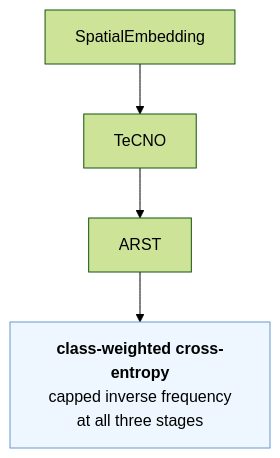
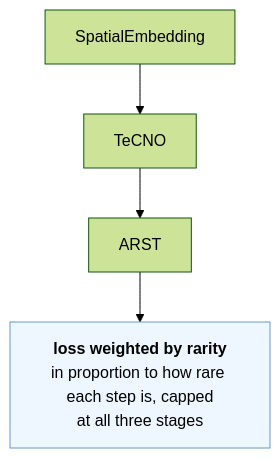
Before and after one commit to wylliamunlimited/pitvis-phase-recognition: the third of 4 diagrams in notes/models/step-variants.md, drawn with Mermaid (forest theme). The commit also changed other lines of this file, not shown here.

First line of the commit message:
docs(step-variants): plain language, same numbers

````diff
--- a/notes/models/step-variants.md
+++ b/notes/models/step-variants.md
@@ -80,7 +99,7 @@
 ```mermaid
 flowchart TD
     SP["SpatialEmbedding"] --> TC["TeCNO"] --> AR["ARST"]
-    CE["<b>class-weighted cross-entropy</b><br/>capped inverse frequency<br/>at all three stages"]
+    CE["<b>loss weighted by rarity</b><br/>in proportion to how rare each step is, capped<br/>at all three stages"]
     AR --> CE
     style CE fill:#eef7ff,stroke:#69c
 ```
````
